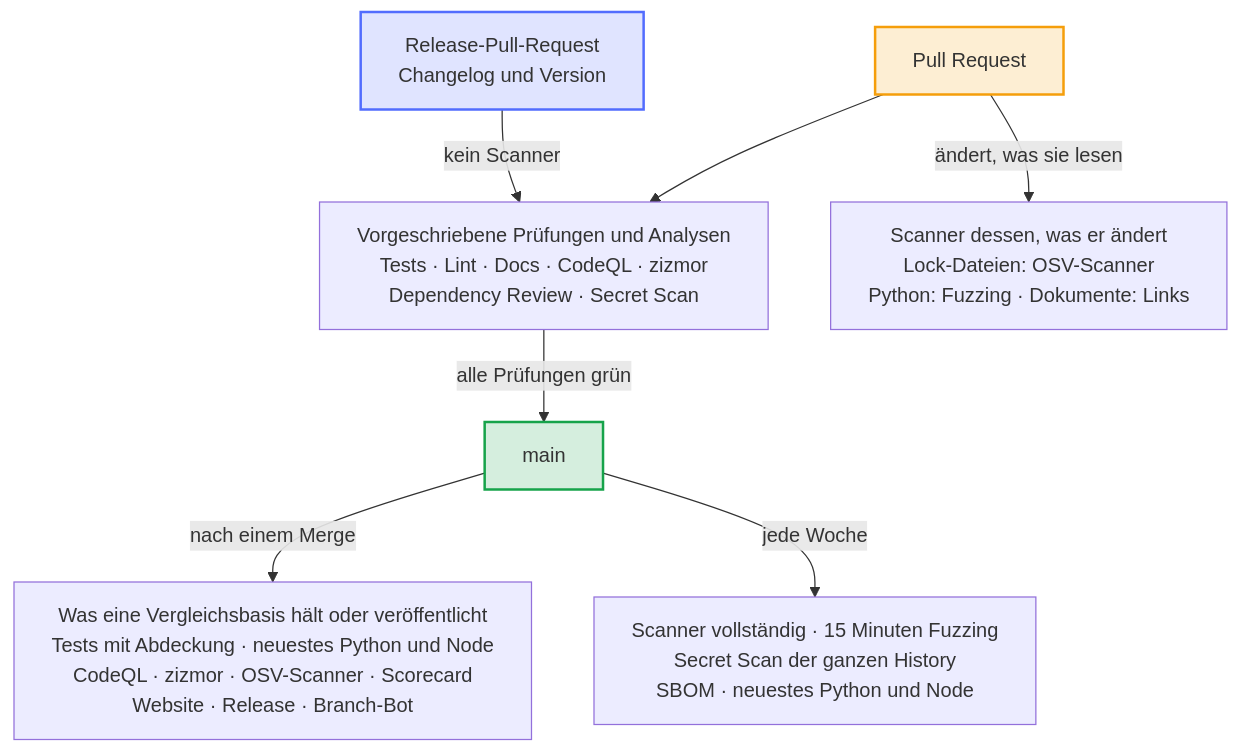
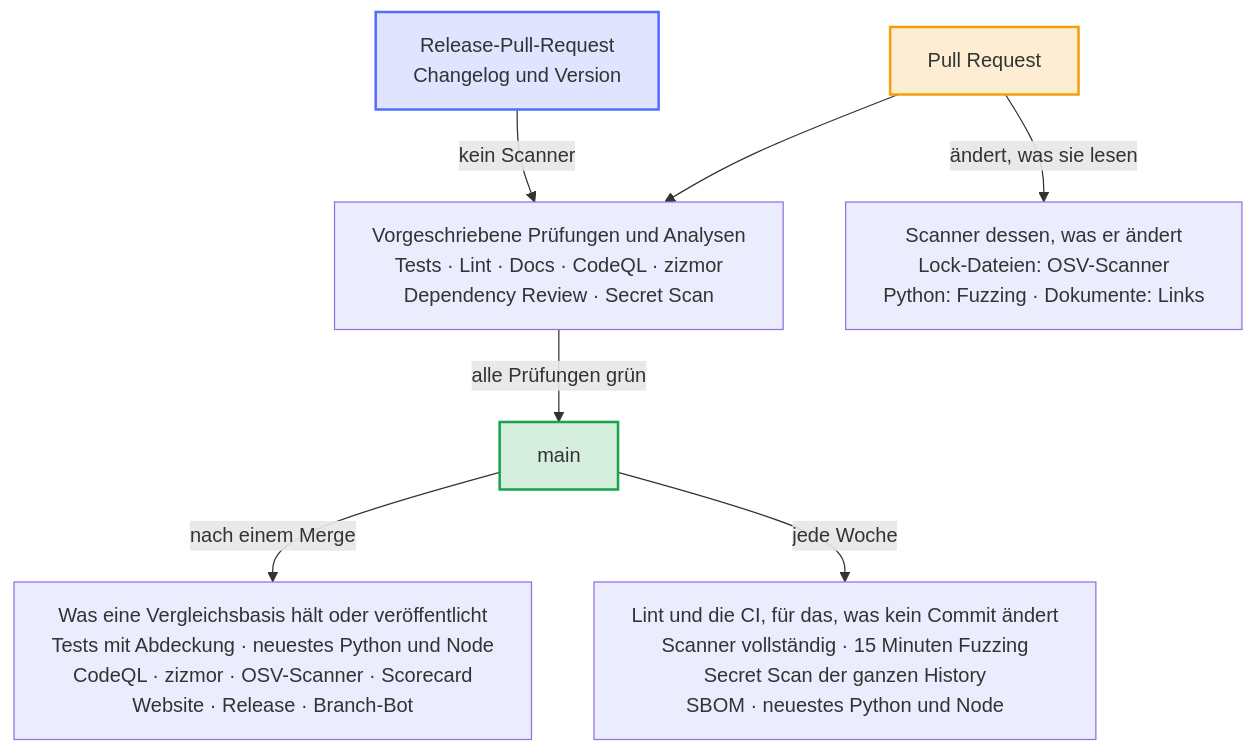
The diagram in docs/diagrams/when-the-checks-run.de.mmd (Dennis-Otto/repo-blueprint), drawn with Mermaid before and after one commit. The commit also changed 37 other files, not shown here.

```diff
--- a/docs/diagrams/when-the-checks-run.de.mmd
+++ b/docs/diagrams/when-the-checks-run.de.mmd
@@ -1,30 +1,30 @@
 ---
 config:
   flowchart:
     wrappingWidth: 400
 ---
 flowchart TB
     accTitle: Wann die Prüfungen laufen
-    accDescr: Jeder Pull Request führt die vorgeschriebenen Prüfungen und zizmor aus, auf dessen Analyse die Regeln von main warten, und die Scanner dessen, was er ändert: OSV-Scanner für eine Lock-Datei, Fuzzing für Python-Code und die Link-Prüfung für ein Dokument. Der Release-Pull-Request, der nur den Changelog und die Version ändert, führt die vorgeschriebenen Prüfungen und zizmor ohne die Scanner aus. Nach einem Merge führt main nur aus, was eine Vergleichsbasis hält oder veröffentlicht. Jede Woche führt main die Scanner vollständig aus, den Secret Scan der ganzen History, die SBOM und das neueste Python und Node.
+    accDescr: Jeder Pull Request führt die vorgeschriebenen Prüfungen und zizmor aus, auf dessen Analyse die Regeln von main warten, und die Scanner dessen, was er ändert: OSV-Scanner für eine Lock-Datei, Fuzzing für Python-Code und die Link-Prüfung für ein Dokument. Der Release-Pull-Request, der nur den Changelog und die Version ändert, führt die vorgeschriebenen Prüfungen und zizmor ohne die Scanner aus. Nach einem Merge führt main nur aus, was eine Vergleichsbasis hält oder veröffentlicht. Jede Woche führt main Lint und die CI aus, für das, was kein Commit ändert, die Scanner vollständig, den Secret Scan der ganzen History, die SBOM und das neueste Python und Node.
 
     pr["Pull Request"]
     rpr["Release-Pull-Request<br>Changelog und Version"]
     required["Vorgeschriebene Prüfungen und Analysen<br>Tests · Lint · Docs · CodeQL · zizmor<br>Dependency Review · Secret Scan"]
     scanners["Scanner dessen, was er ändert<br>Lock-Dateien: OSV-Scanner<br>Python: Fuzzing · Dokumente: Links"]
     main["main"]
     baseline["Was eine Vergleichsbasis hält oder veröffentlicht<br>Tests mit Abdeckung · neuestes Python und Node<br>CodeQL · zizmor · OSV-Scanner · Scorecard<br>Website · Release · Branch-Bot"]
-    weekly["Scanner vollständig · 15 Minuten Fuzzing<br>Secret Scan der ganzen History<br>SBOM · neuestes Python und Node"]
+    weekly["Lint und die CI, für das, was kein Commit ändert<br>Scanner vollständig · 15 Minuten Fuzzing<br>Secret Scan der ganzen History<br>SBOM · neuestes Python und Node"]
 
     pr --> required
     pr -- "ändert, was sie lesen" --> scanners
     rpr -- "kein Scanner" --> required
     required -- "alle Prüfungen grün" --> main
     main -- "nach einem Merge" --> baseline
     main -- "jede Woche" --> weekly
 
     classDef bot fill:#526cfe2e,stroke:#526cfe,stroke-width:2px
     classDef person fill:#f59e0b2e,stroke:#f59e0b,stroke-width:2px
     classDef done fill:#16a34a2e,stroke:#16a34a,stroke-width:2px
     class pr person
     class rpr bot
     class main done
```
